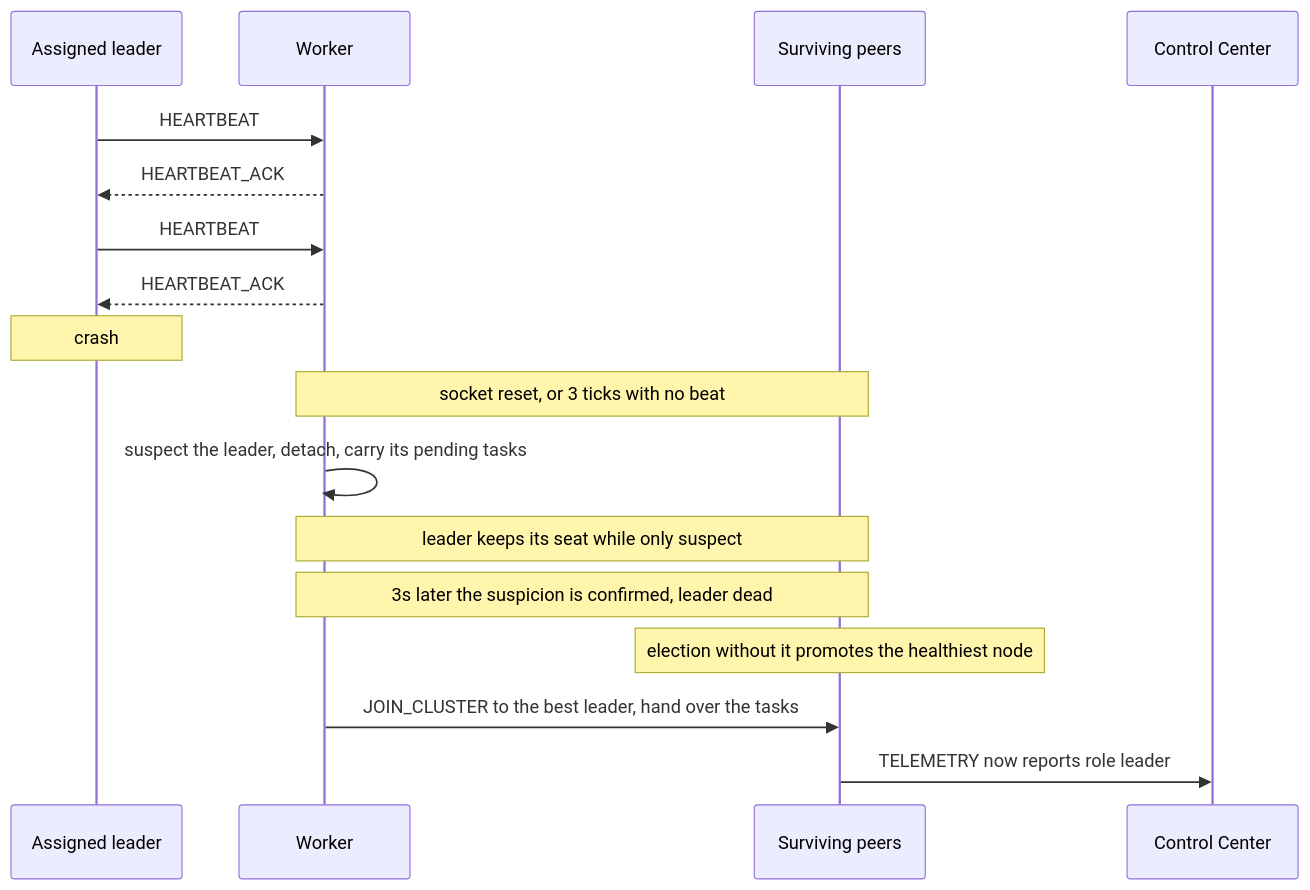
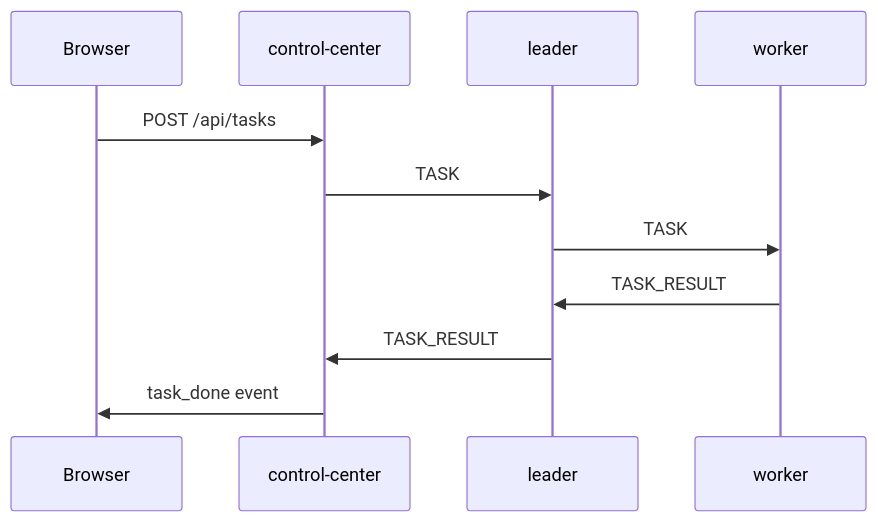
One commit to Aditya-Jyoti/swarm-communication changed the third of 4 diagrams in docs/architecture/overview.md. Above: the diagram before and after it, drawn with Mermaid. The commit also changed other lines of this file and 2 other files, not shown here.

Commit message:
docs(architecture): simplify overview and fold in the repo layout

````diff
--- a/docs/architecture/overview.md
+++ b/docs/architecture/overview.md
@@ -154,20 +73,13 @@
 ```mermaid
 sequenceDiagram
-    participant L as Assigned leader
-    participant W as Worker
-    participant P as Surviving peers
-    participant CC as Control Center
-
-    L->>W: HEARTBEAT
-    W-->>L: HEARTBEAT_ACK
-    L->>W: HEARTBEAT
-    W-->>L: HEARTBEAT_ACK
-    Note over L: crash
-    Note over W,P: socket reset, or 3 ticks with no beat
-    W->>W: suspect the leader, detach, carry its pending tasks
-    Note over W,P: leader keeps its seat while only suspect
-    Note over W,P: 3s later the suspicion is confirmed, leader dead
-    Note over P: election without it promotes the healthiest node
-    W->>P: JOIN_CLUSTER to the best leader, hand over the tasks
-    P->>CC: TELEMETRY now reports role leader
+    participant B as Browser
+    participant CC as control-center
+    participant L as leader
+    participant W as worker
+    B->>CC: POST /api/tasks
+    CC->>L: TASK
+    L->>W: TASK
+    W->>L: TASK_RESULT
+    L->>CC: TASK_RESULT
+    CC->>B: task_done event
 ```
````
